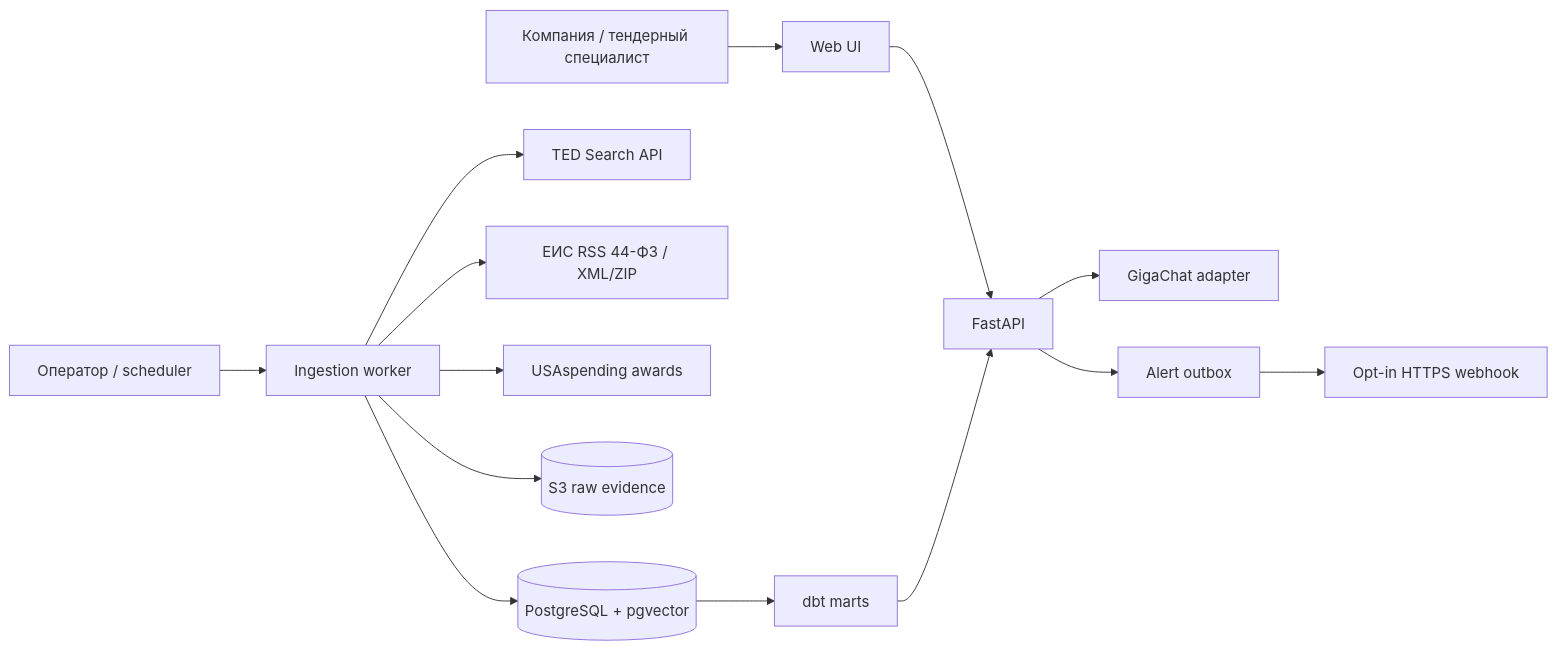
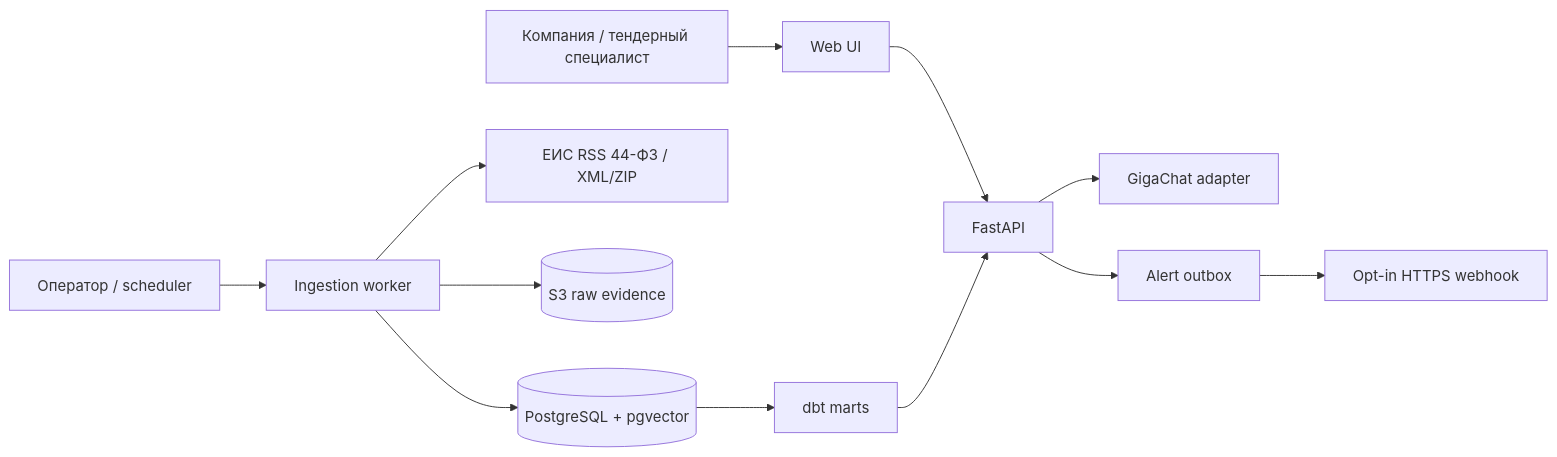
The first of 2 diagrams in docs/ARCHITECTURE.md (TBWTK/TenderPulse), drawn with Mermaid before and after one commit. The commit also changed other lines of this file and 58 other files, not shown here.

````diff
--- a/docs/ARCHITECTURE.md
+++ b/docs/ARCHITECTURE.md
@@ -20,14 +21,12 @@
 ```mermaid
 flowchart LR
   Company["Компания / тендерный специалист"] --> Web["Web UI"] --> API["FastAPI"]
   Operator["Оператор / scheduler"] --> Worker["Ingestion worker"]
-  Worker --> TED["TED Search API"]
   Worker --> EIS["ЕИС RSS 44-ФЗ / XML/ZIP"]
-  Worker --> USA["USAspending awards"]
   Worker --> Raw[("S3 raw evidence")]
   Worker --> DB[("PostgreSQL + pgvector")]
   DB --> DBT["dbt marts"] --> API
   API --> Giga["GigaChat adapter"]
   API --> Alerts["Alert outbox"]
   Alerts --> Hook["Opt-in HTTPS webhook"]
 ```
````
